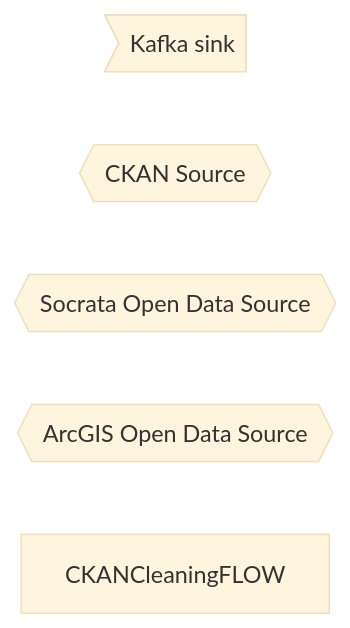
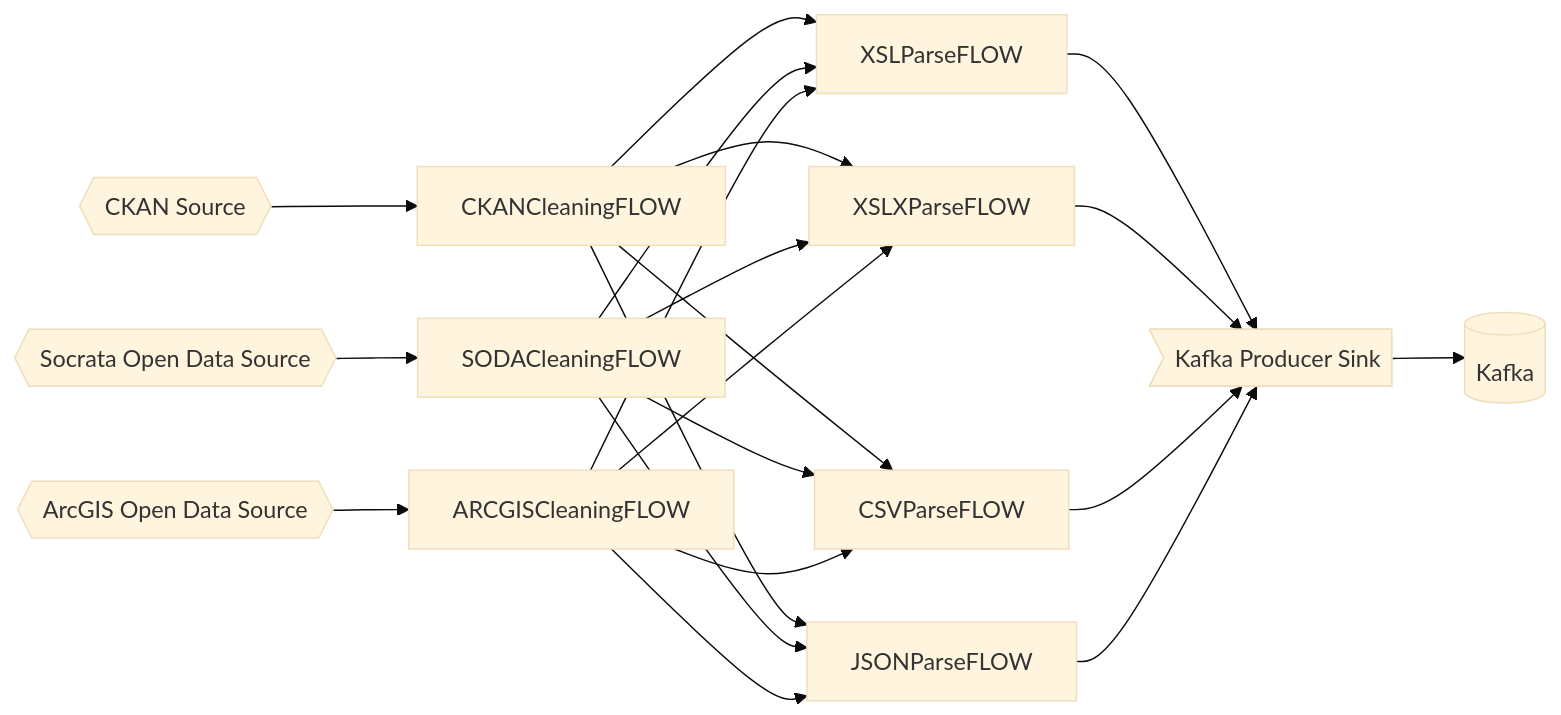
The second of 2 diagrams in architecture/streams.md (professor-greebie/test-compile), drawn with Mermaid (base theme) before and after one commit. The commit also changed other lines of this file and 16 other files, not shown here.

````diff
--- a/architecture/streams.md
+++ b/architecture/streams.md
@@ -3,14 +13,43 @@
 ```mermaid
 
-
-
-
 flowchart LR
-  KafkaSink> Kafka sink]
+  KafkaProducerSink> Kafka Producer Sink]
   CKANSource{{CKAN Source}}
   SODASource{{Socrata Open Data Source}}
   ARCGISSource{{ArcGIS Open Data Source}}
   CKANCleaningFLOW
+  SODACleaningFLOW
+  ARCGISCleaningFLOW
+  XSLParseFLOW
+  XSLXParseFLOW
+  CSVParseFLOW
+  JSONParseFLOW
+
+
+  Kafka[(Kafka)]
+
+  KafkaProducerSink --> Kafka
+  Kafka
+  CKANSource --> CKANCleaningFLOW
+  SODASource --> SODACleaningFLOW
+  ARCGISSource --> ARCGISCleaningFLOW
+  CKANCleaningFLOW --> XSLParseFLOW
+  CKANCleaningFLOW --> XSLXParseFLOW
+  CKANCleaningFLOW --> JSONParseFLOW
+  CKANCleaningFLOW --> CSVParseFLOW
+  SODACleaningFLOW --> XSLParseFLOW
+  SODACleaningFLOW --> XSLXParseFLOW
+  SODACleaningFLOW --> CSVParseFLOW
+  SODACleaningFLOW --> JSONParseFLOW
+  ARCGISCleaningFLOW --> XSLParseFLOW
+  ARCGISCleaningFLOW --> XSLXParseFLOW
+  ARCGISCleaningFLOW --> CSVParseFLOW
+  ARCGISCleaningFLOW --> JSONParseFLOW
+  XSLParseFLOW --> KafkaProducerSink
+  XSLXParseFLOW --> KafkaProducerSink
+  CSVParseFLOW --> KafkaProducerSink
+  JSONParseFLOW --> KafkaProducerSink
+
 
 
 ```
````
